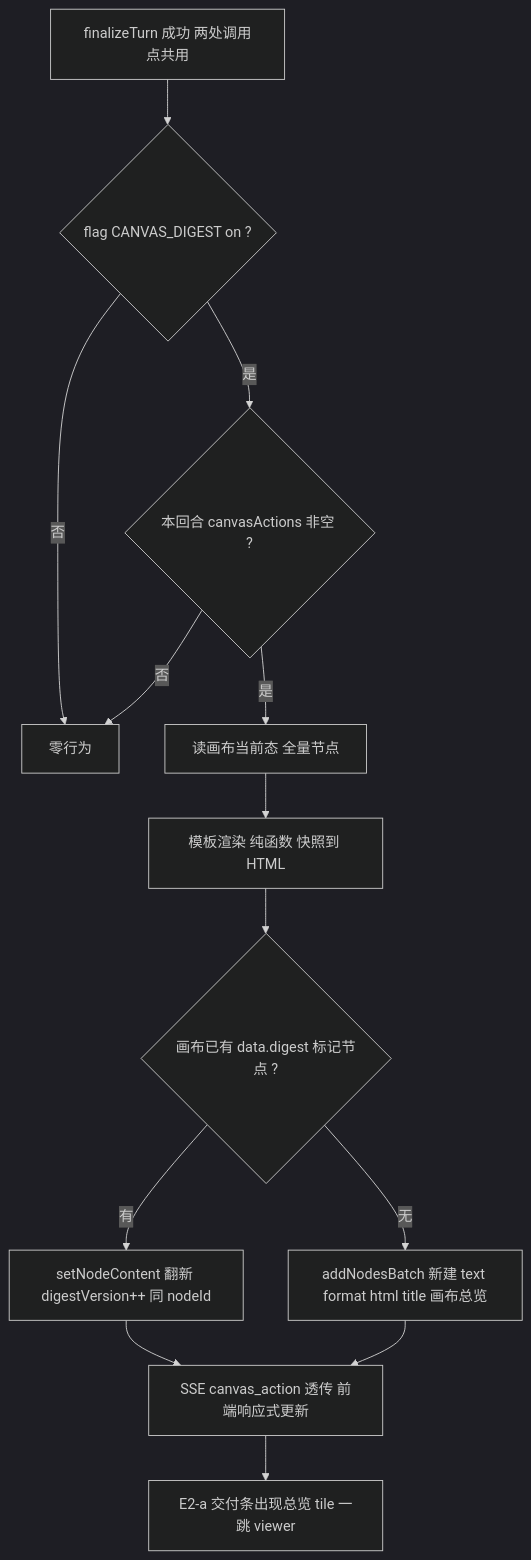
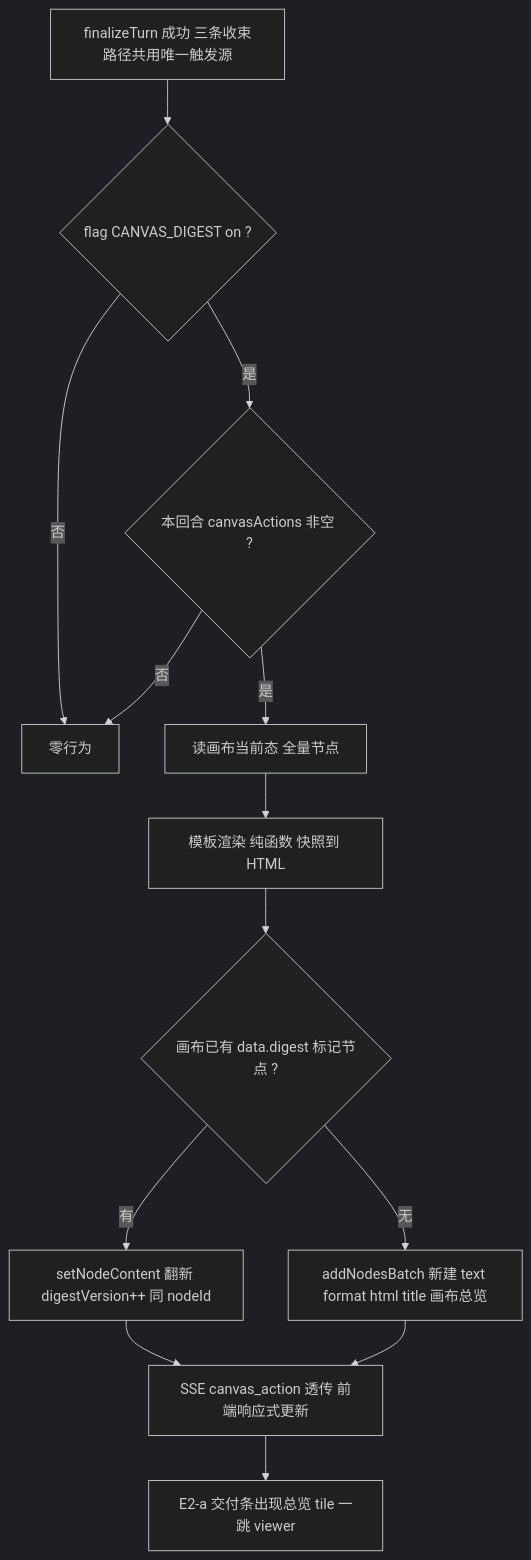
The first of 2 diagrams in docs/superpowers/specs/2026-11-05-canvas-digest-design.md (sev7n4/pi-lnk), drawn with Mermaid (dark theme) before and after one commit. The commit also changed other lines of this file and 2 other files, not shown here.

First line of the commit message:
refactor(agent): Canvas Digest 触发下沉 finalizeTurn（修复断连轮总览不翻新）

````diff
--- a/docs/superpowers/specs/2026-11-05-canvas-digest-design.md
+++ b/docs/superpowers/specs/2026-11-05-canvas-digest-design.md
@@ -68,15 +69,15 @@
 ```mermaid
 flowchart TD
-  A["finalizeTurn 成功 两处调用点共用"] --> B{"flag CANVAS_DIGEST on ?"}
+  A["finalizeTurn 成功 三条收束路径共用唯一触发源"] --> B{"flag CANVAS_DIGEST on ?"}
   B -->|否| Z["零行为"]
   B -->|是| C{"本回合 canvasActions 非空 ?"}
   C -->|否| Z
   C -->|是| D["读画布当前态 全量节点"]
   D --> E["模板渲染 纯函数 快照到 HTML"]
   E --> F{"画布已有 data.digest 标记节点 ?"}
   F -->|有| G["setNodeContent 翻新 digestVersion++ 同 nodeId"]
   F -->|无| H["addNodesBatch 新建 text format html title 画布总览"]
   G --> I["SSE canvas_action 透传 前端响应式更新"]
   H --> I
   I --> J["E2-a 交付条出现总览 tile 一跳 viewer"]
 ```
````
